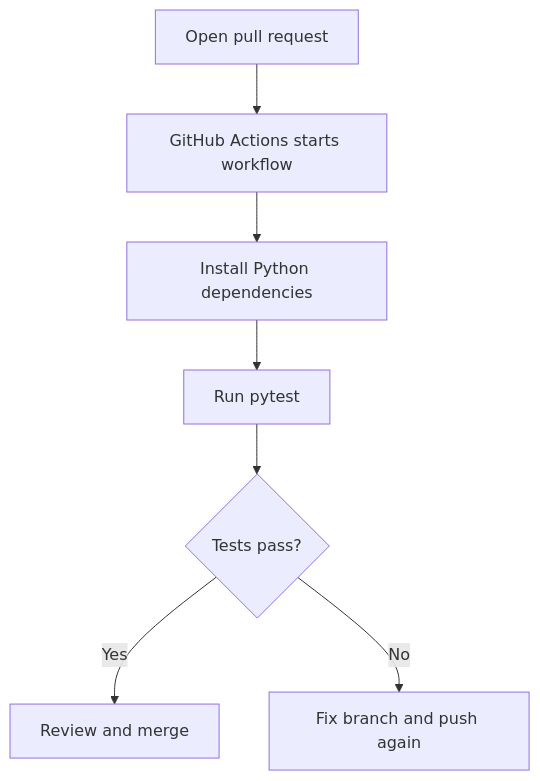
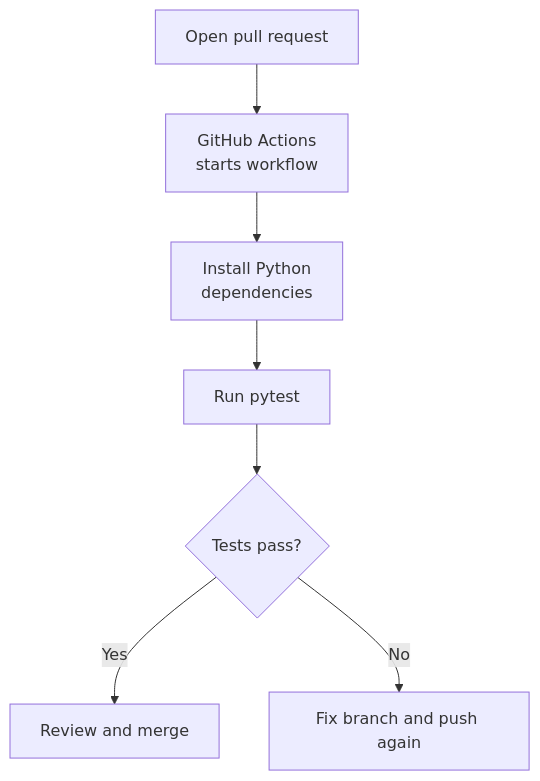
Before and after one commit to bootcampyoussef/mle-github-actions-and-cicd: the diagram in 01-intro-github-actions.md, drawn with Mermaid. The commit also changed other lines of this file and 8 other files, not shown here.

````diff
--- a/01-intro-github-actions.md
+++ b/01-intro-github-actions.md
@@ -9,9 +9,9 @@
 ```mermaid
 flowchart TD
-    A["Open pull request"] --> B["GitHub Actions starts workflow"]
-    B --> C["Install Python dependencies"]
+    A["Open pull request"] --> B["GitHub Actions<br>starts workflow"]
+    B --> C["Install Python<br>dependencies"]
     C --> D["Run pytest"]
     D --> E{"Tests pass?"}
     E -->|Yes| F["Review and merge"]
     E -->|No| G["Fix branch and push again"]
 ```
````
